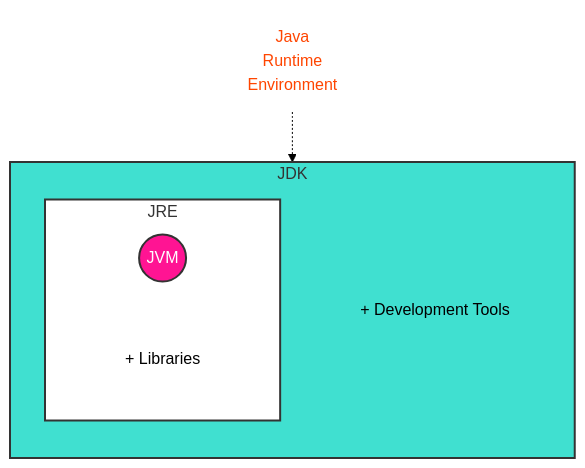
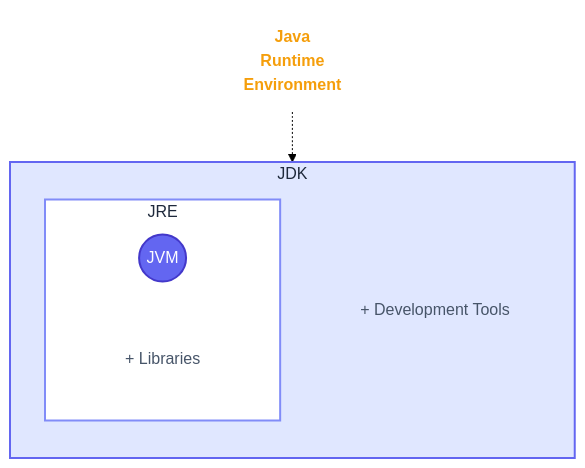
Before and after one commit to shainsethi/dsa-java: the third of 4 diagrams in Variables/VARIABLES.md, drawn with Mermaid (forest theme). The commit also changed other lines of this file, not shown here.

Commit message:
docs: Add comprehensive guide to Java basics, variables, data types, and input.

````diff
--- a/Variables/VARIABLES.md
+++ b/Variables/VARIABLES.md
@@ -325,28 +325,28 @@
 ```mermaid
 flowchart TB
     subgraph JDK [JDK]
         direction TB
         
         subgraph JRE [JRE]
             direction LR
             JVM(("JVM"))
             Libs["+ Libraries"]
         end
         
         DevTools["+ Development Tools"]
     end
     
     %% Outside annotations
-    JRE_Note["Java\nRuntime\nEnvironment"]
+    JRE_Note["Java<br/>Runtime<br/>Environment"]
     
     %% Connections
     JRE_Note -.-> JRE
     
-    %% Styles
-    style JDK fill:#40E0D0,stroke:#333,stroke-width:2px
-    style JRE fill:#FFFFFF,stroke:#333,stroke-width:2px
-    style JVM fill:#FF1493,stroke:#333,stroke-width:2px,color:white
-    style Libs fill:none,stroke:none
-    style DevTools fill:none,stroke:none
-    style JRE_Note fill:none,stroke:none,color:#FF4500
+    %% Styles - PREMIUM PALETTE
+    style JDK fill:#e0e7ff,stroke:#6366f1,stroke-width:2px,color:#1e293b
+    style JRE fill:#ffffff,stroke:#818cf8,stroke-width:2px,color:#1e293b
+    style JVM fill:#6366f1,stroke:#4338ca,stroke-width:2px,color:#ffffff
+    style Libs fill:none,stroke:none,color:#475569
+    style DevTools fill:none,stroke:none,color:#475569
+    style JRE_Note fill:none,stroke:none,color:#f59e0b,font-weight:bold
 ```
````
